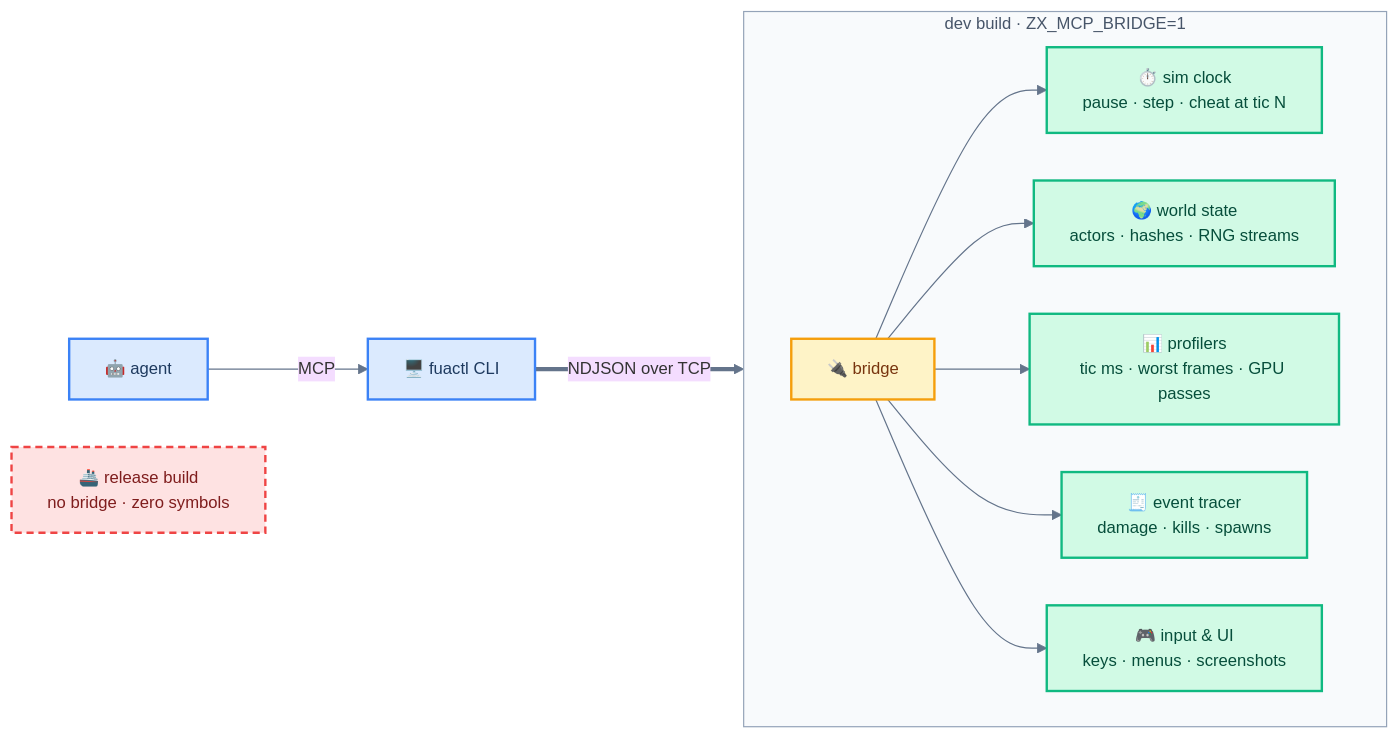
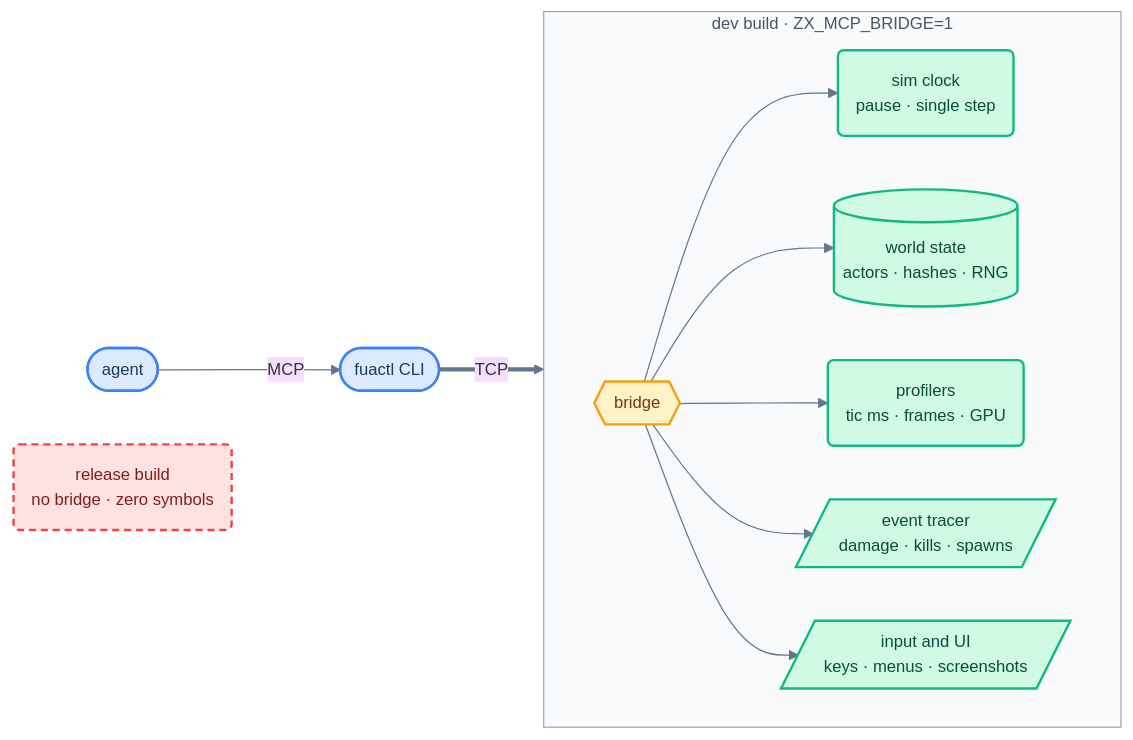
One commit to rc4l/ForkUnderA changed the diagram in README.fuactl.md. Above: the diagram before and after it, drawn with Mermaid.

Commit message:
README.fuactl: shape-semantic diagram, no emoji

````diff
--- a/README.fuactl.md
+++ b/README.fuactl.md
@@ -5,27 +5,27 @@
 ```mermaid
-%%{init: {"theme":"base","themeVariables":{"fontFamily":"Trebuchet MS, Verdana, sans-serif","fontSize":"14px","lineColor":"#64748b"},"flowchart":{"curve":"basis","nodeSpacing":40,"rankSpacing":55}}}%%
+%%{init: {"theme":"base","themeVariables":{"fontSize":"14px","lineColor":"#64748b"},"flowchart":{"curve":"basis","nodeSpacing":45,"rankSpacing":60}}}%%
 flowchart LR
-    AI["🤖 agent"] -->|MCP| CLI["🖥️ fuactl CLI"]
-    CLI ==>|"NDJSON over TCP"| B["🔌 bridge"]
+    AI([agent]) -->|MCP| CLI([fuactl CLI])
+    CLI ==>|TCP| B{{bridge}}
 
-    subgraph DEV["  dev build · ZX_MCP_BRIDGE=1  "]
+    subgraph DEV["dev build · ZX_MCP_BRIDGE=1"]
         direction LR
-        B --> SIM["⏱️ sim clock<br/>pause · step · cheat at tic N"]
-        B --> STATE["🌍 world state<br/>actors · hashes · RNG streams"]
-        B --> PROF["📊 profilers<br/>tic ms · worst frames · GPU passes"]
-        B --> TRACE["🧾 event tracer<br/>damage · kills · spawns"]
-        B --> UI["🎮 input & UI<br/>keys · menus · screenshots"]
+        B --> SIM("sim clock<br/>pause · single step")
+        B --> STATE[("world state<br/>actors · hashes · RNG")]
+        B --> PROF("profilers<br/>tic ms · frames · GPU")
+        B --> TRACE[/"event tracer<br/>damage · kills · spawns"/]
+        B --> UI[/"input and UI<br/>keys · menus · screenshots"/]
     end
 
-    REL["🚢 release build<br/>no bridge · zero symbols"]
+    REL("release build<br/>no bridge · zero symbols")
 
     classDef you fill:#dbeafe,stroke:#3b82f6,stroke-width:2px,color:#1e3a5f
     classDef hub fill:#fef3c7,stroke:#f59e0b,stroke-width:2px,color:#78350f
     classDef cap fill:#d1fae5,stroke:#10b981,stroke-width:2px,color:#064e3b
     classDef off fill:#fee2e2,stroke:#ef4444,stroke-width:2px,color:#7f1d1d,stroke-dasharray:6 4
     class AI,CLI you
     class B hub
     class SIM,STATE,PROF,TRACE,UI cap
     class REL off
     style DEV fill:#f8fafc,stroke:#94a3b8,stroke-width:1px,color:#475569
 ```
````
